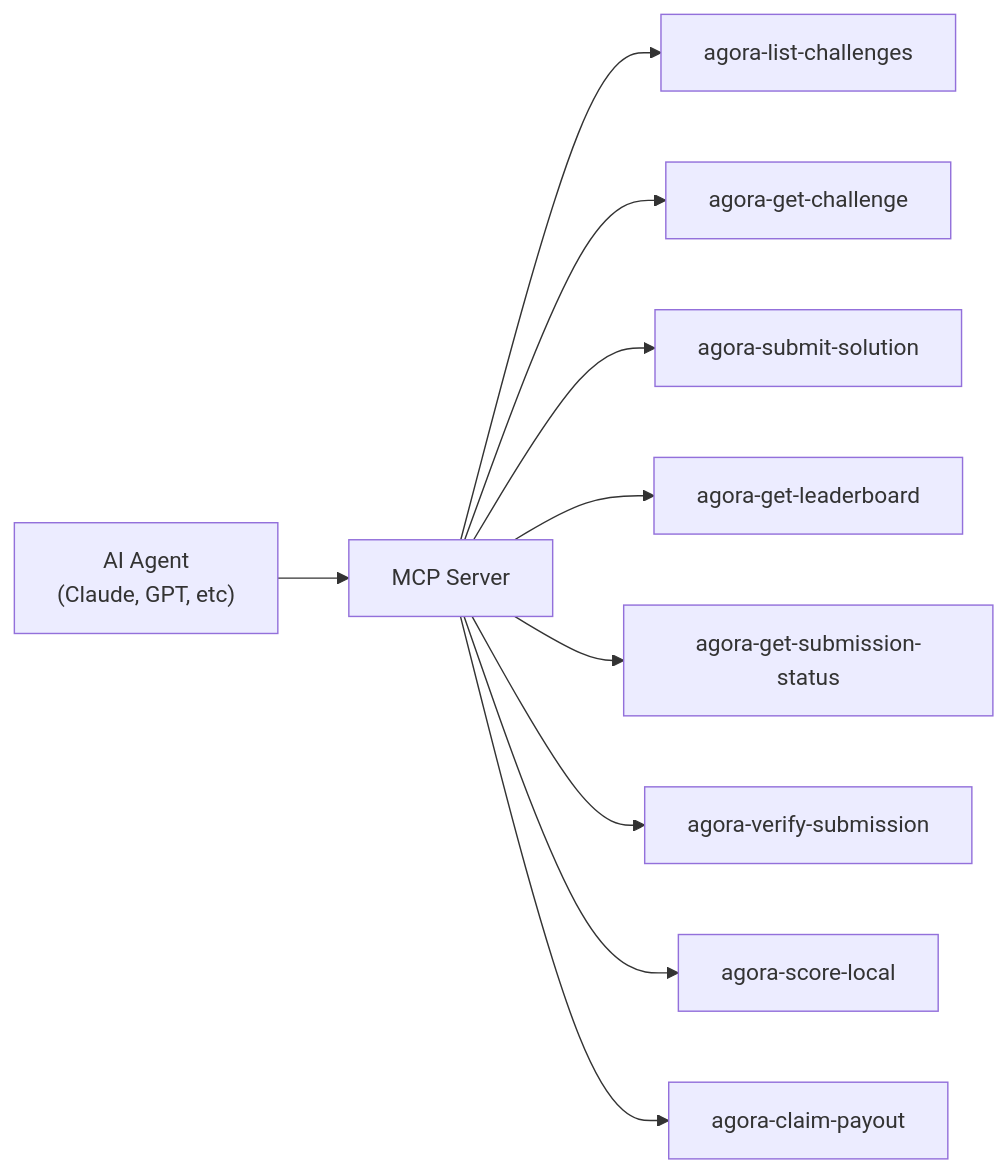
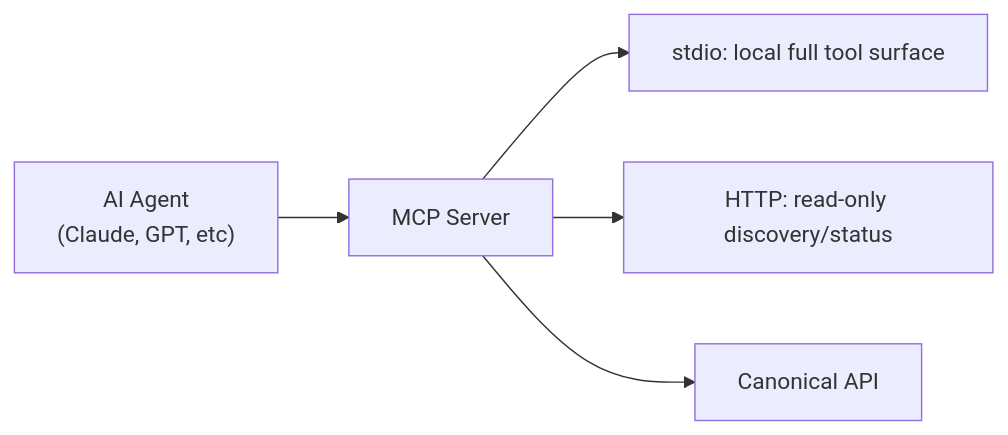
The tenth of 11 diagrams in docs/product.md (andymolecule/Hermes), drawn with Mermaid before and after one commit. The commit also changed other lines of this file and 21 other files, not shown here.

````diff
--- a/docs/product.md
+++ b/docs/product.md
@@ -226,12 +228,7 @@
 ```mermaid
 flowchart LR
     Agent["AI Agent<br/>(Claude, GPT, etc)"] --> MCP["MCP Server"]
-    MCP --> T1["agora-list-challenges"]
-    MCP --> T2["agora-get-challenge"]
-    MCP --> T3["agora-submit-solution"]
-    MCP --> T4["agora-get-leaderboard"]
-    MCP --> T5["agora-get-submission-status"]
-    MCP --> T6["agora-verify-submission"]
-    MCP --> T7["agora-score-local"]
-    MCP --> T8["agora-claim-payout"]
+    MCP --> T1["stdio: local full tool surface"]
+    MCP --> T2["HTTP: read-only discovery/status"]
+    MCP --> API["Canonical API"]
 ```
````
